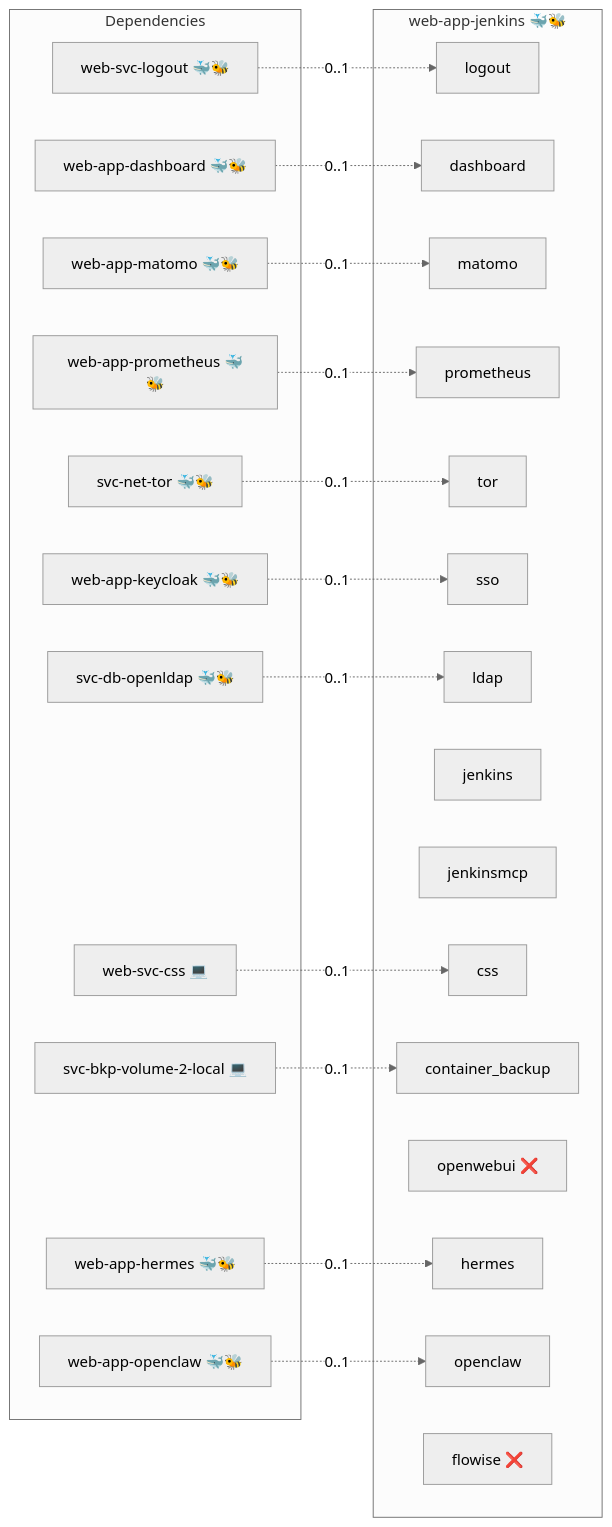
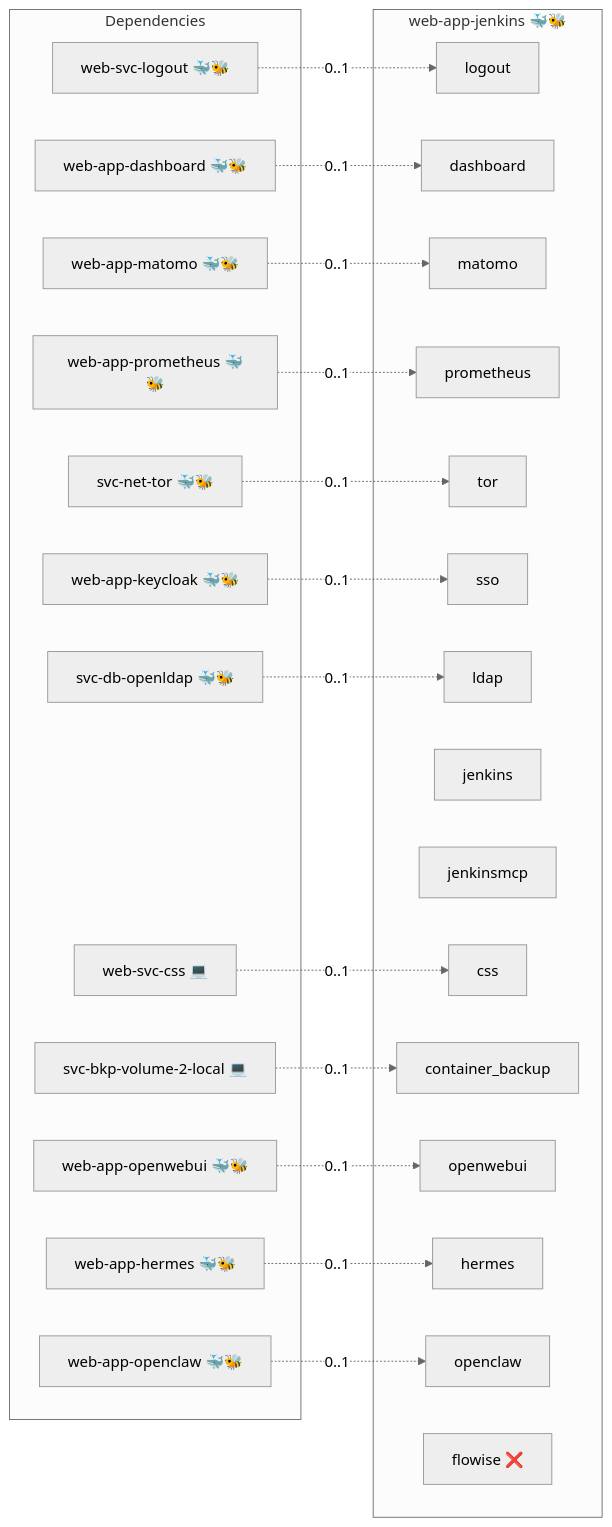
One commit to infinito-nexus/core changed the diagram in roles/web-app-jenkins/README.md. Above: the diagram before and after it, drawn with Mermaid (neutral theme). The commit also changed 4 other files, not shown here.

````diff
--- a/roles/web-app-jenkins/README.md
+++ b/roles/web-app-jenkins/README.md
@@ -15,44 +15,46 @@
 ```mermaid
 flowchart LR
     subgraph deps [Dependencies]
         dep_svc_bkp_volume_2_local["svc-bkp-volume-2-local 💻"]
         dep_svc_db_openldap["svc-db-openldap 🐳🐝"]
         dep_svc_net_tor["svc-net-tor 🐳🐝"]
         dep_web_app_dashboard["web-app-dashboard 🐳🐝"]
         dep_web_app_hermes["web-app-hermes 🐳🐝"]
         dep_web_app_keycloak["web-app-keycloak 🐳🐝"]
         dep_web_app_matomo["web-app-matomo 🐳🐝"]
         dep_web_app_openclaw["web-app-openclaw 🐳🐝"]
+        dep_web_app_openwebui["web-app-openwebui 🐳🐝"]
         dep_web_app_prometheus["web-app-prometheus 🐳🐝"]
         dep_web_svc_css["web-svc-css 💻"]
         dep_web_svc_logout["web-svc-logout 🐳🐝"]
     end
     subgraph role [web-app-jenkins 🐳🐝]
         svc_logout["logout"]
         svc_dashboard["dashboard"]
         svc_matomo["matomo"]
         svc_prometheus["prometheus"]
         svc_tor["tor"]
         svc_sso["sso"]
         svc_ldap["ldap"]
         svc_jenkins["jenkins"]
         svc_jenkinsmcp["jenkinsmcp"]
         svc_css["css"]
         svc_container_backup["container_backup"]
-        svc_openwebui["openwebui ❌"]
+        svc_openwebui["openwebui"]
         svc_hermes["hermes"]
         svc_openclaw["openclaw"]
         svc_flowise["flowise ❌"]
     end
     dep_svc_bkp_volume_2_local -. "0..1" .-> svc_container_backup
     dep_svc_db_openldap -. "0..1" .-> svc_ldap
     dep_svc_net_tor -. "0..1" .-> svc_tor
     dep_web_app_dashboard -. "0..1" .-> svc_dashboard
     dep_web_app_hermes -. "0..1" .-> svc_hermes
     dep_web_app_keycloak -. "0..1" .-> svc_sso
     dep_web_app_matomo -. "0..1" .-> svc_matomo
     dep_web_app_openclaw -. "0..1" .-> svc_openclaw
+    dep_web_app_openwebui -. "0..1" .-> svc_openwebui
     dep_web_app_prometheus -. "0..1" .-> svc_prometheus
     dep_web_svc_css -. "0..1" .-> svc_css
     dep_web_svc_logout -. "0..1" .-> svc_logout
 ```
````
